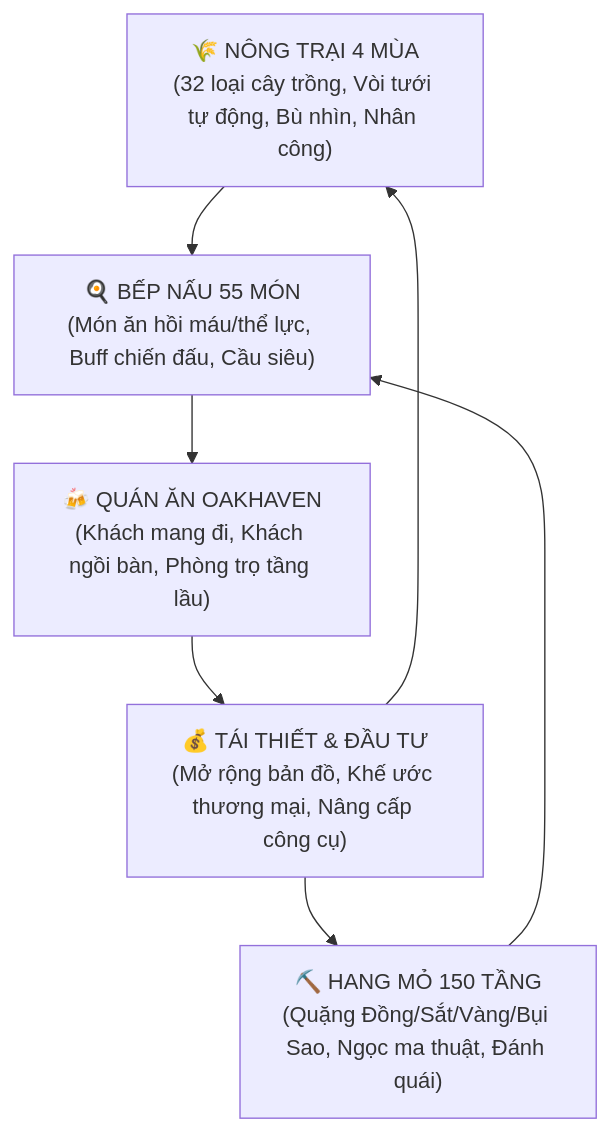
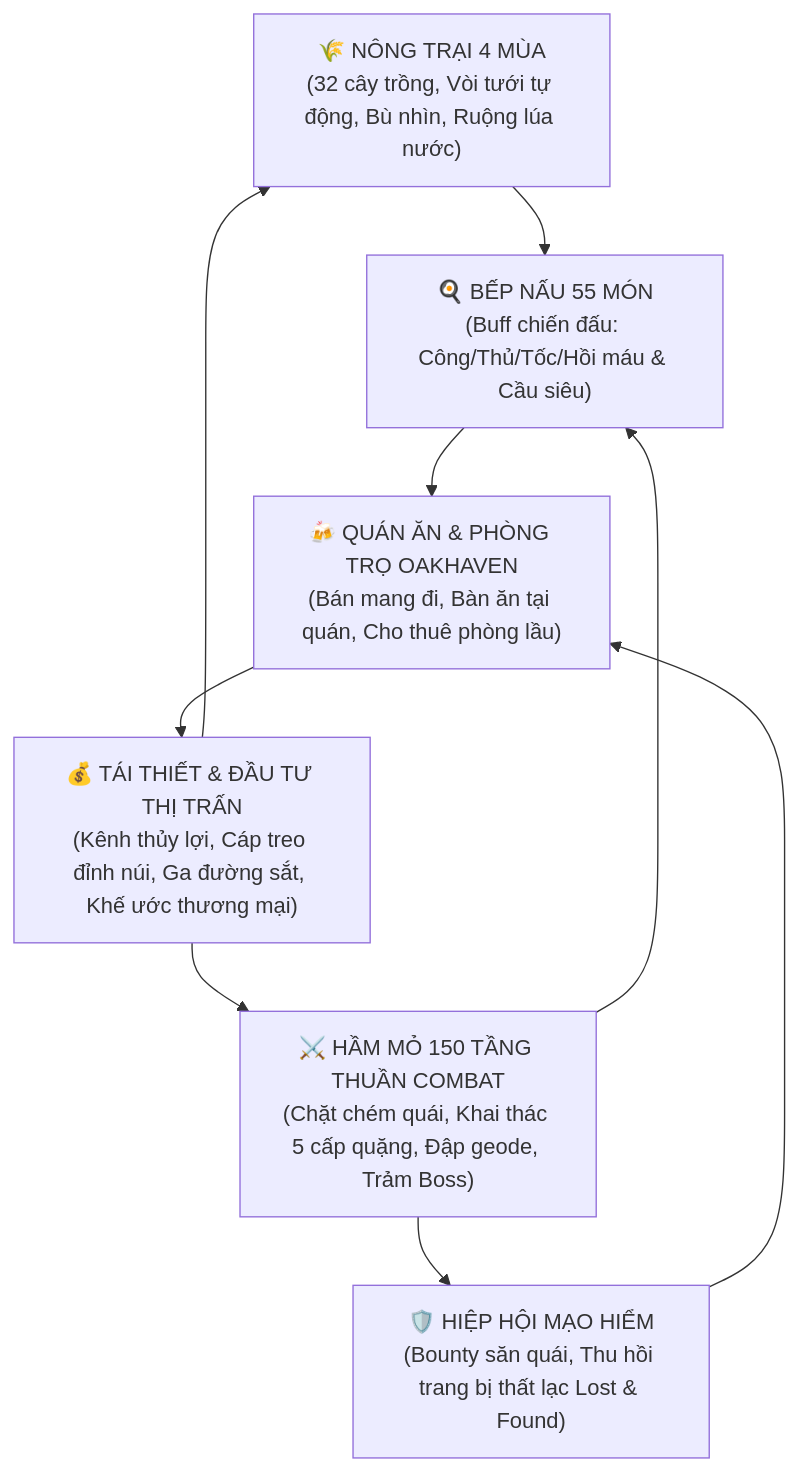
One commit to mquand/rowan-of-oakhaven-wiki changed the diagram in OAKHAVEN_DESIGN_COMPENDIUM.md. Above: the diagram before and after it, drawn with Mermaid. The commit also changed other lines of this file and 2 other files, not shown here.

Commit message:
docs(wiki): sync game overview with pure action RPG dungeon combat, adventurer's guild recovery, rowan loft and unique map expansions

````diff
--- a/OAKHAVEN_DESIGN_COMPENDIUM.md
+++ b/OAKHAVEN_DESIGN_COMPENDIUM.md
@@ -11,9 +11,11 @@
 ```mermaid
 flowchart TD
-    Farm["🌾 NÔNG TRẠI 4 MÙA<br/>(32 loại cây trồng, Vòi tưới tự động, Bù nhìn, Nhân công)"] --> Kitchen["🍳 BẾP NẤU 55 MÓN<br/>(Món ăn hồi máu/thể lực, Buff chiến đấu, Cầu siêu)"]
-    Mine["⛏️ HANG MỎ 150 TẦNG<br/>(Quặng Đồng/Sắt/Vàng/Bụi Sao, Ngọc ma thuật, Đánh quái)"] --> Kitchen
-    Kitchen --> Tavern["🍻 QUÁN ĂN OAKHAVEN<br/>(Khách mang đi, Khách ngồi bàn, Phòng trọ tầng lầu)"]
-    Tavern --> Invest["💰 TÁI THIẾT & ĐẦU TƯ<br/>(Mở rộng bản đồ, Khế ước thương mại, Nâng cấp công cụ)"]
+    Farm["🌾 NÔNG TRẠI 4 MÙA<br/>(32 cây trồng, Vòi tưới tự động, Bù nhìn, Ruộng lúa nước)"] --> Kitchen["🍳 BẾP NẤU 55 MÓN<br/>(Buff chiến đấu: Công/Thủ/Tốc/Hồi máu & Cầu siêu)"]
+    Mine["⚔️ HẦM MỎ 150 TẦNG THUẦN COMBAT<br/>(Chặt chém quái, Khai thác 5 cấp quặng, Đập geode, Trảm Boss)"] --> Kitchen
+    Kitchen --> Tavern["🍻 QUÁN ĂN & PHÒNG TRỌ OAKHAVEN<br/>(Bán mang đi, Bàn ăn tại quán, Cho thuê phòng lầu)"]
+    Tavern --> Invest["💰 TÁI THIẾT & ĐẦU TƯ THỊ TRẤN<br/>(Kênh thủy lợi, Cáp treo đỉnh núi, Ga đường sắt, Khế ước thương mại)"]
     Invest --> Farm
     Invest --> Mine
+    Mine --> Guild["🛡️ HIỆP HỘI MẠO HIỂM<br/>(Bounty săn quái, Thu hồi trang bị thất lạc Lost & Found)"]
+    Guild --> Tavern
 ```
````
